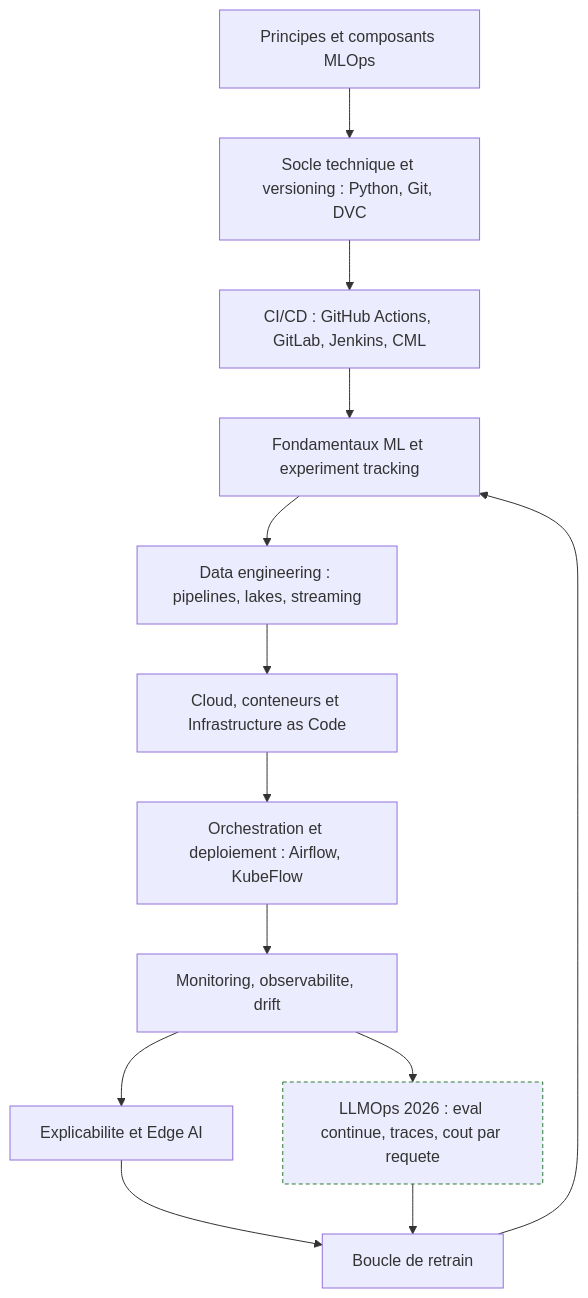
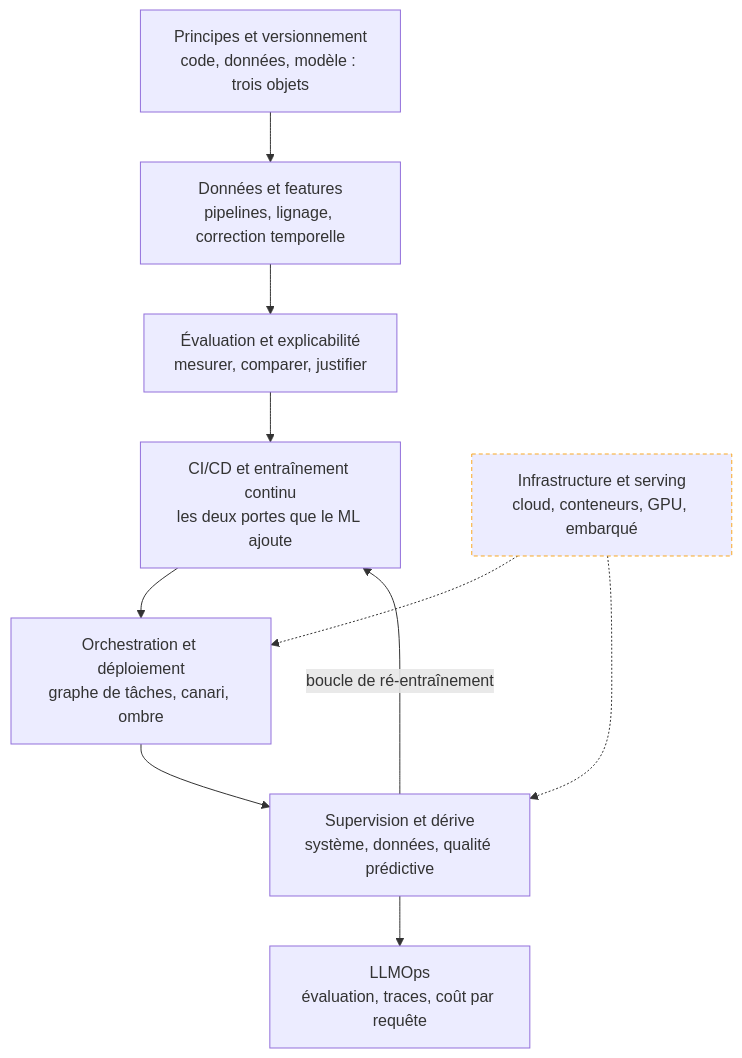
Before and after one commit to floSa/Atlas-Metiers-Roadmaps: the diagram in content/parcours/mlops/index.md, drawn with Mermaid. The commit also changed other lines of this file and 3 other files, not shown here.

Commit message:
MLOps : page d'entree, principes et versionnement, donnees et features, evaluation

````diff
--- a/content/parcours/mlops/index.md
+++ b/content/parcours/mlops/index.md
@@ -13,16 +15,24 @@
 ```mermaid
 flowchart TD
-    P0["Principes et composants MLOps"] --> P1["Socle technique et versioning : Python, Git, DVC"]
-    P1 --> P2["CI/CD : GitHub Actions, GitLab, Jenkins, CML"]
-    P2 --> P3["Fondamentaux ML et experiment tracking"]
-    P3 --> P4["Data engineering : pipelines, lakes, streaming"]
-    P4 --> P5["Cloud, conteneurs et Infrastructure as Code"]
-    P5 --> P6["Orchestration et deploiement : Airflow, KubeFlow"]
-    P6 --> P7["Monitoring, observabilite, drift"]
-    P7 --> P8["Explicabilite et Edge AI"]
-    P7 --> P9["LLMOps 2026 : eval continue, traces, cout par requete"]:::ajout
-    P8 --> P10["Boucle de retrain"]
-    P9 --> P10
-    P10 --> P3
-    classDef ajout stroke:#2e7d32,stroke-width:1px,stroke-dasharray:4 3
+  P["Principes et versionnement<br/>code, données, modèle : trois objets"] --> D["Données et features<br/>pipelines, lignage, correction temporelle"]
+  D --> E["Évaluation et explicabilité<br/>mesurer, comparer, justifier"]
+  E --> CI["CI/CD et entraînement continu<br/>les deux portes que le ML ajoute"]
+  CI --> O["Orchestration et déploiement<br/>graphe de tâches, canari, ombre"]
+  O --> S["Supervision et dérive<br/>système, données, qualité prédictive"]
+  S -->|boucle de ré-entraînement| CI
+  S --> L["LLMOps<br/>évaluation, traces, coût par requête"]
+  I["Infrastructure et serving<br/>cloud, conteneurs, GPU, embarqué"] -.-> O
+  I -.-> S
+
+  click P "/parcours/mlops/principes-et-versionnement"
+  click D "/parcours/mlops/donnees-et-features"
+  click E "/parcours/mlops/evaluation-et-explicabilite"
+  click CI "/parcours/mlops/ci-cd-et-entrainement-continu"
+  click I "/parcours/mlops/infrastructure-et-serving"
+  click O "/parcours/mlops/orchestration-et-deploiement"
+  click S "/parcours/mlops/supervision-et-derive"
+  click L "/parcours/mlops/llmops"
+
+  classDef transverse stroke:#f9a825,stroke-width:1px,stroke-dasharray:4 3
+  class I transverse
 ```
````
